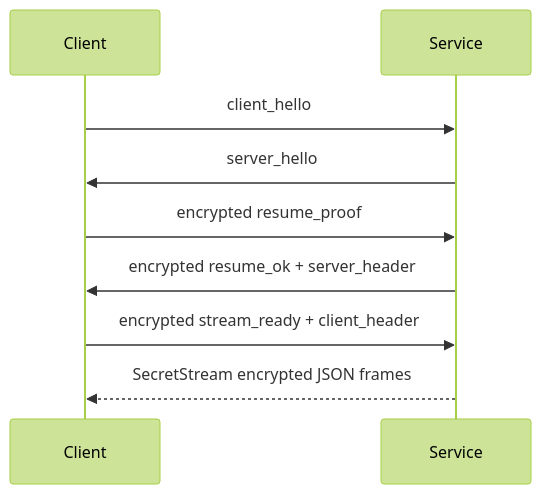
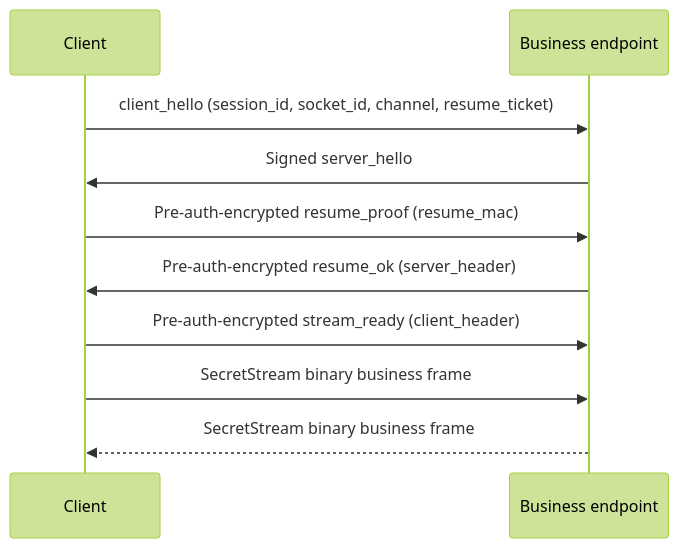
Before and after one commit to Kiramei/baas-tauri: the second of 2 diagrams in docs/content/docs/en/reference/backend-service.mdx, drawn with Mermaid (forest theme). The commit also changed other lines of this file and 1539 other files, not shown here.

````diff
--- a/docs/content/docs/en/reference/backend-service.mdx
+++ b/docs/content/docs/en/reference/backend-service.mdx
@@ -59,11 +104,12 @@
 ```mermaid
 sequenceDiagram
   participant C as Client
-  participant S as Service
-  C->>S: client_hello
-  S->>C: server_hello
-  C->>S: encrypted resume_proof
-  S->>C: encrypted resume_ok + server_header
-  C->>S: encrypted stream_ready + client_header
-  S-->>C: SecretStream encrypted JSON frames
+  participant S as Business endpoint
+  C->>S: client_hello (session_id, socket_id, channel, resume_ticket)
+  S->>C: Signed server_hello
+  C->>S: Pre-auth-encrypted resume_proof (resume_mac)
+  S->>C: Pre-auth-encrypted resume_ok (server_header)
+  C->>S: Pre-auth-encrypted stream_ready (client_header)
+  C->>S: SecretStream binary business frame
+  S-->>C: SecretStream binary business frame
 ```
````
